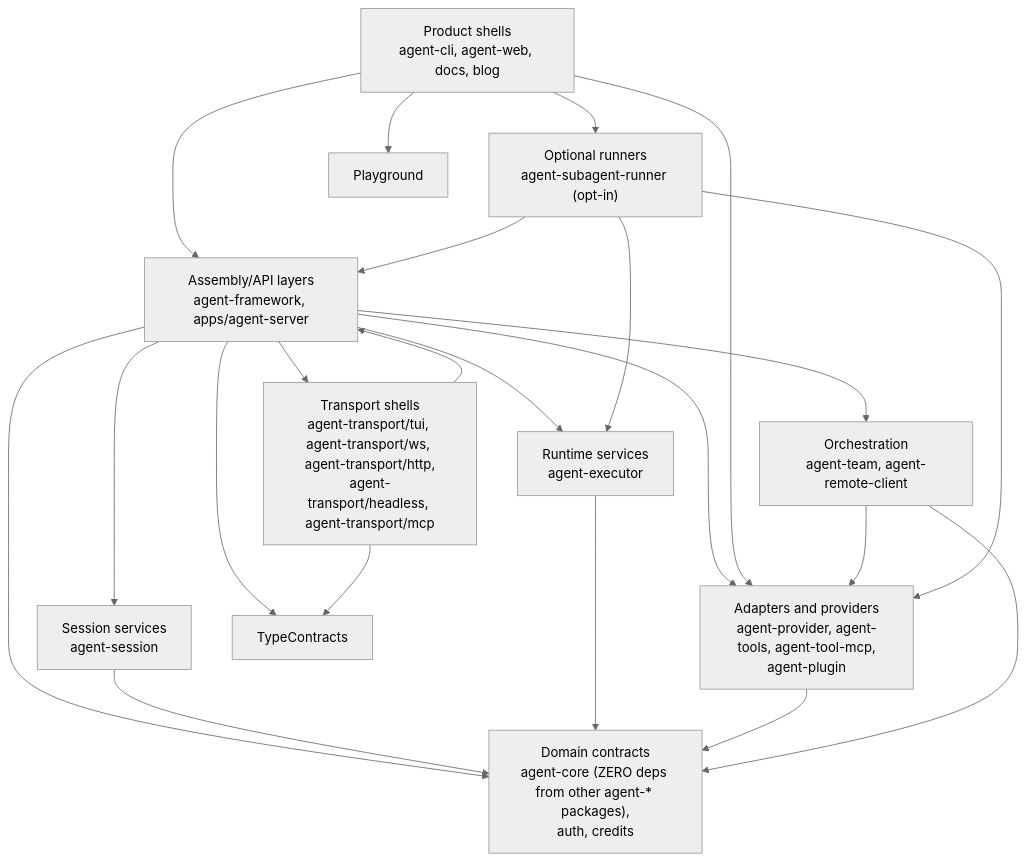
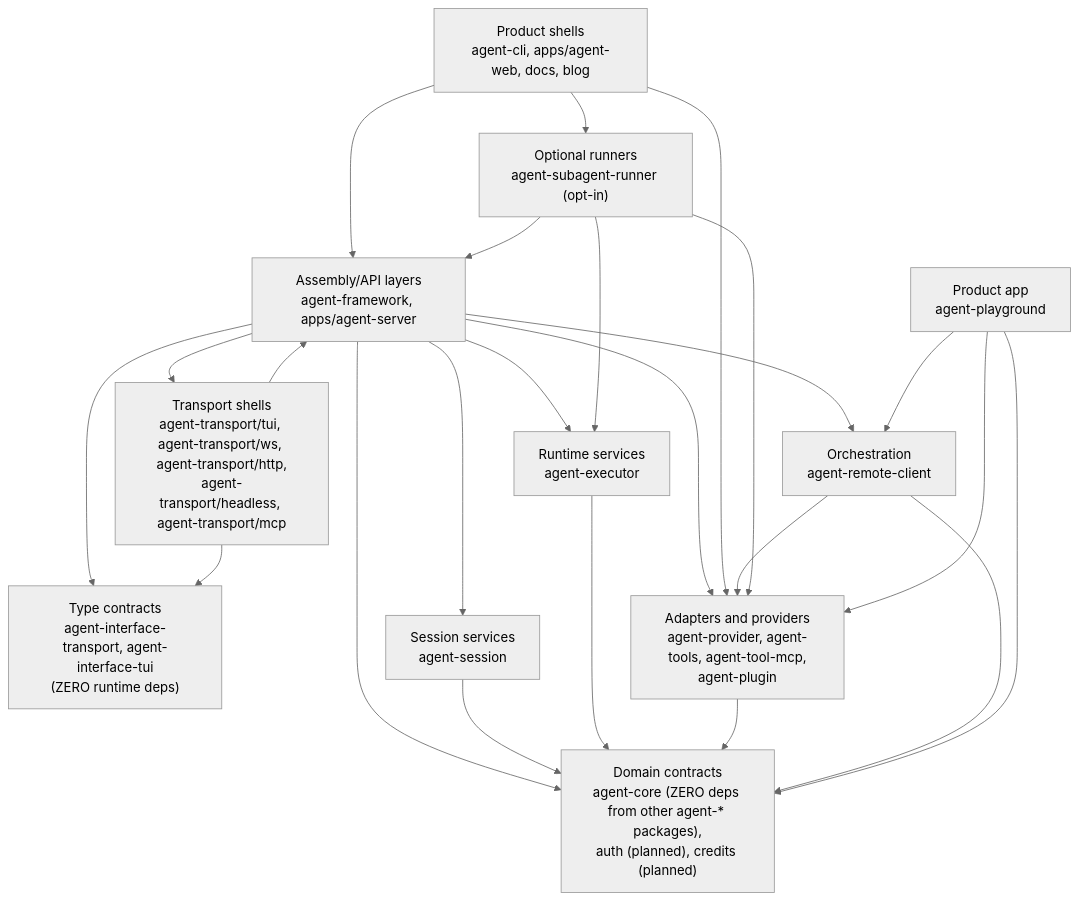
Before and after one commit to woojubb/robota: the diagram in .agents/specs/architecture-map/dependency-direction.md, drawn with Mermaid (neutral theme). The commit also changed 5 other files, not shown here.

First line of the commit message:
docs(arch): fix undeclared/incorrect mermaid nodes (INFRA-009, AF-11) (#738)

````diff
--- a/.agents/specs/architecture-map/dependency-direction.md
+++ b/.agents/specs/architecture-map/dependency-direction.md
@@ -9,34 +9,38 @@
 ```mermaid
 flowchart TD
-  ProductShells["Product shells\nagent-cli, agent-web, docs, blog"]
+  ProductShells["Product shells\nagent-cli, apps/agent-web, docs, blog"]
+  Playground["Product app\nagent-playground"]
   Assembly["Assembly/API layers\nagent-framework, apps/agent-server"]
   TransportShells["Transport shells\nagent-transport/tui, agent-transport/ws, agent-transport/http,\nagent-transport/headless, agent-transport/mcp"]
-  Orchestration["Orchestration\nagent-team, agent-remote-client"]
+  TypeContracts["Type contracts\nagent-interface-transport, agent-interface-tui\n(ZERO runtime deps)"]
+  Orchestration["Orchestration\nagent-remote-client"]
   Sessions["Session services\nagent-session"]
   Executor["Runtime services\nagent-executor"]
-  Domain["Domain contracts\nagent-core (ZERO deps from other agent-* packages),\nauth, credits"]
+  Domain["Domain contracts\nagent-core (ZERO deps from other agent-* packages),\nauth (planned), credits (planned)"]
   Adapters["Adapters and providers\nagent-provider, agent-tools, agent-tool-mcp,\nagent-plugin"]
   OptIn["Optional runners\nagent-subagent-runner (opt-in)"]
 
   ProductShells --> Assembly
-  ProductShells --> Playground
   Assembly --> Sessions
   Assembly --> Executor
   Assembly --> Domain
   Assembly --> TypeContracts
   Sessions --> Domain
   Executor --> Domain
   Assembly --> Adapters
   ProductShells --> Adapters
   ProductShells --> OptIn
   Adapters --> Domain
   TransportShells --> Assembly
   TransportShells --> TypeContracts
   Assembly --> TransportShells
   Orchestration --> Domain
   Orchestration --> Adapters
   Assembly --> Orchestration
   OptIn --> Assembly
   OptIn --> Executor
   OptIn --> Adapters
+  Playground --> Domain
+  Playground --> Adapters
+  Playground --> Orchestration
 ```
````
